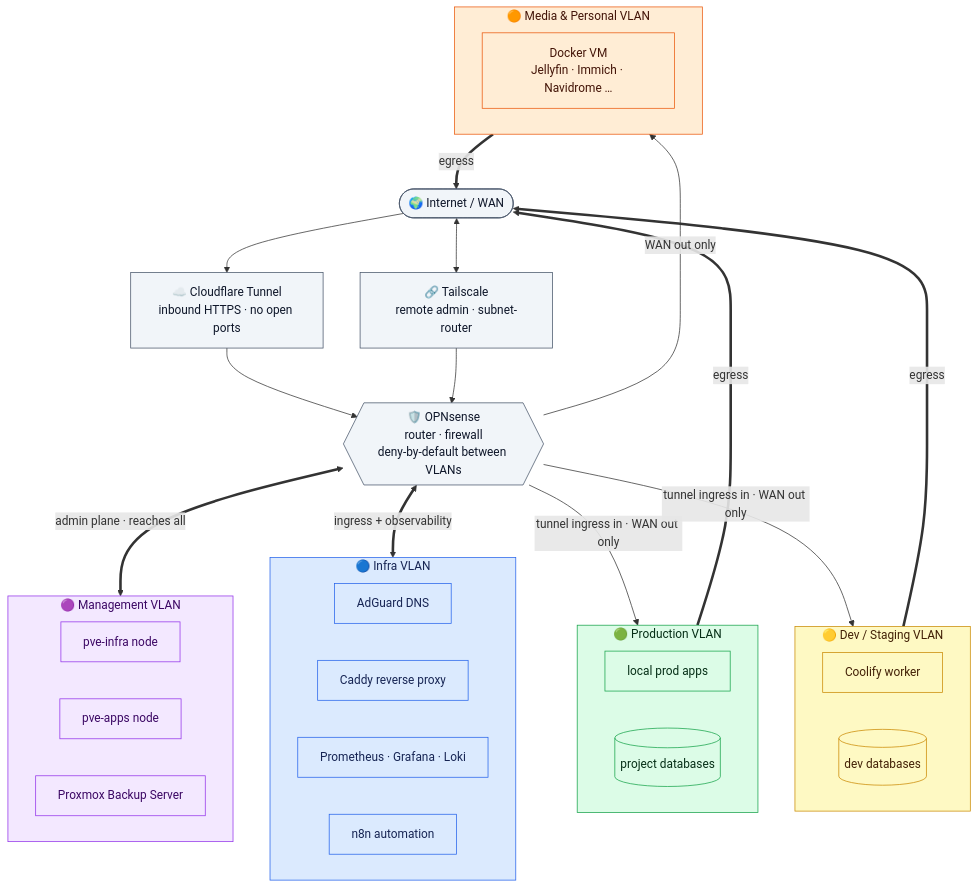
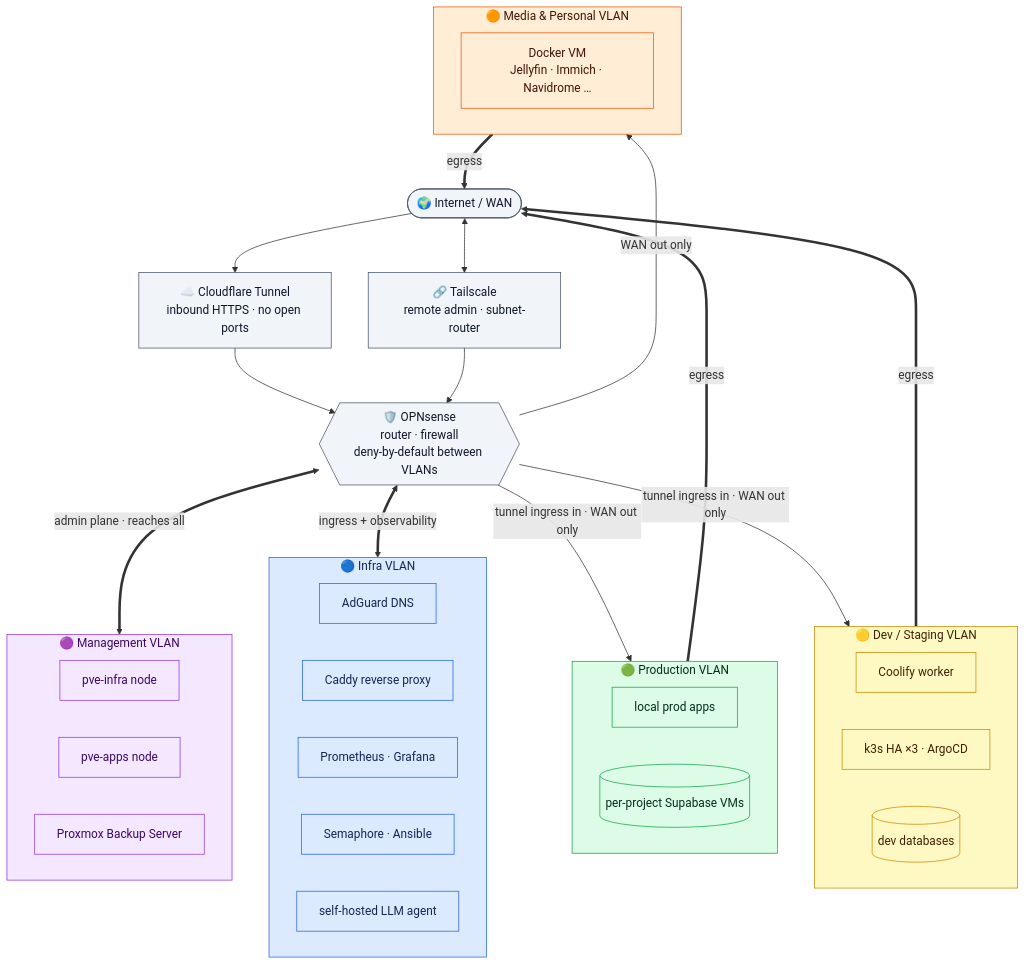
One commit to ibhugeloo/homelab changed the diagram in README.md. Above: the diagram before and after it, drawn with Mermaid. The commit also changed other lines of this file and 1 other file, not shown here.

First line of the commit message:
docs: sync with current lab — IaC, k8s GitOps lab, AI agent, observability truth

````diff
--- a/README.md
+++ b/README.md
@@ -39,60 +39,62 @@
 ```mermaid
 flowchart TB
     NET([🌍 Internet / WAN])
     CF[☁️ Cloudflare Tunnel<br/>inbound HTTPS · no open ports]
     TS[🔗 Tailscale<br/>remote admin · subnet-router]
     FW{{🛡️ OPNsense<br/>router · firewall<br/>deny-by-default between VLANs}}
 
     NET --> CF --> FW
     NET <--> TS --> FW
 
     FW <==>|admin plane · reaches all| MGMT
     FW <==>|ingress + observability| INFRA
     FW -->|tunnel ingress in · WAN out only| PROD
     FW -->|tunnel ingress in · WAN out only| DEV
     FW -->|WAN out only| MEDIA
 
     PROD ==>|egress| NET
     DEV ==>|egress| NET
     MEDIA ==>|egress| NET
 
     subgraph MGMT [🟣 Management VLAN]
         direction LR
         N1[pve-infra node]
         N2[pve-apps node]
         PBS[Proxmox Backup Server]
     end
     subgraph INFRA [🔵 Infra VLAN]
         direction LR
         DNS[AdGuard DNS]
         RP[Caddy reverse proxy]
-        MON[Prometheus · Grafana · Loki]
-        AUTO[n8n automation]
+        MON[Prometheus · Grafana]
+        SEM[Semaphore · Ansible]
+        AI[self-hosted LLM agent]
     end
     subgraph PROD [🟢 Production VLAN]
         direction LR
         PA[local prod apps]
-        PDB[(project databases)]
+        PDB[(per-project Supabase VMs)]
     end
     subgraph DEV [🟡 Dev / Staging VLAN]
         direction LR
         CO[Coolify worker]
+        K3S[k3s HA ×3 · ArgoCD]
         DDB[(dev databases)]
     end
     subgraph MEDIA [🟠 Media & Personal VLAN]
         DK[Docker VM<br/>Jellyfin · Immich · Navidrome …]
     end
 
     classDef mgmt  fill:#f3e8ff,stroke:#9333ea,color:#3b0764;
     classDef infra fill:#dbeafe,stroke:#2563eb,color:#172554;
     classDef prod  fill:#dcfce7,stroke:#16a34a,color:#052e16;
     classDef dev   fill:#fef9c3,stroke:#ca8a04,color:#422006;
     classDef media fill:#ffedd5,stroke:#ea580c,color:#431407;
     classDef edge  fill:#f1f5f9,stroke:#475569,color:#0f172a;
     class MGMT,N1,N2,PBS mgmt;
-    class INFRA,DNS,RP,MON,AUTO infra;
+    class INFRA,DNS,RP,MON,SEM,AI infra;
     class PROD,PA,PDB prod;
-    class DEV,CO,DDB dev;
+    class DEV,CO,K3S,DDB dev;
     class MEDIA,DK media;
     class NET,CF,TS,FW edge;
 ```
````
